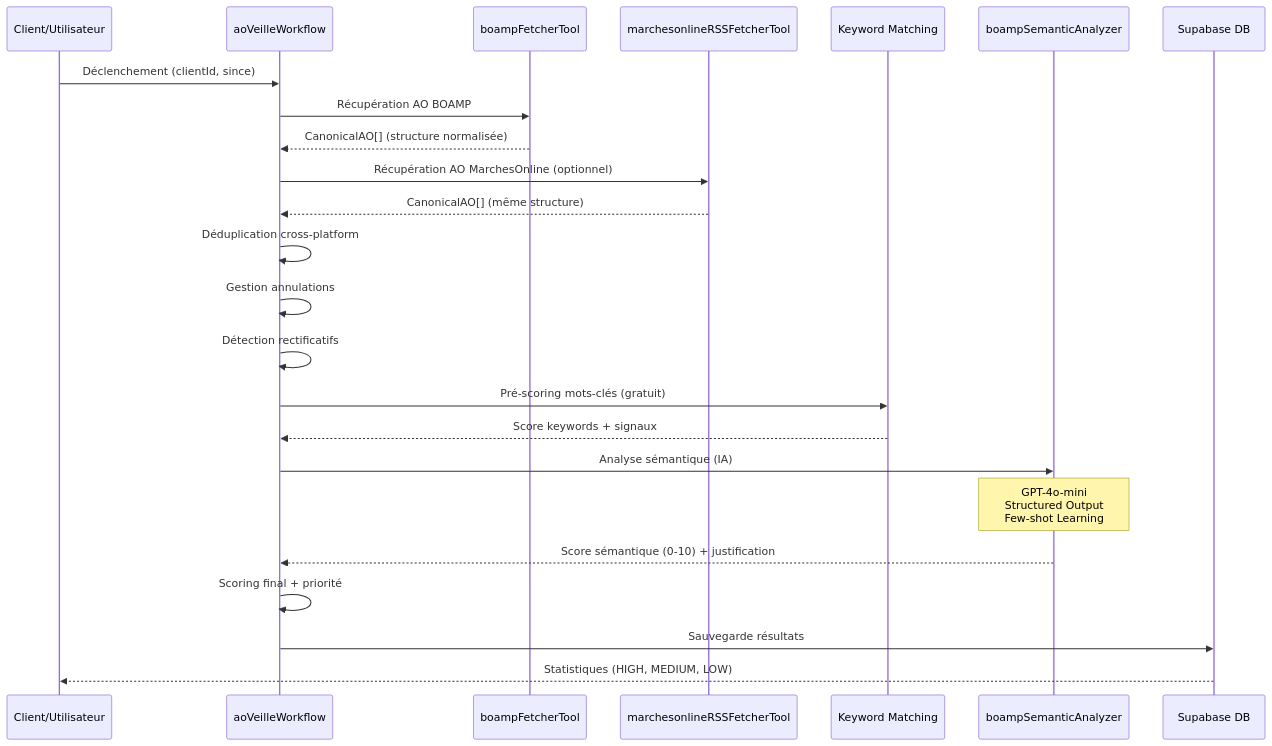
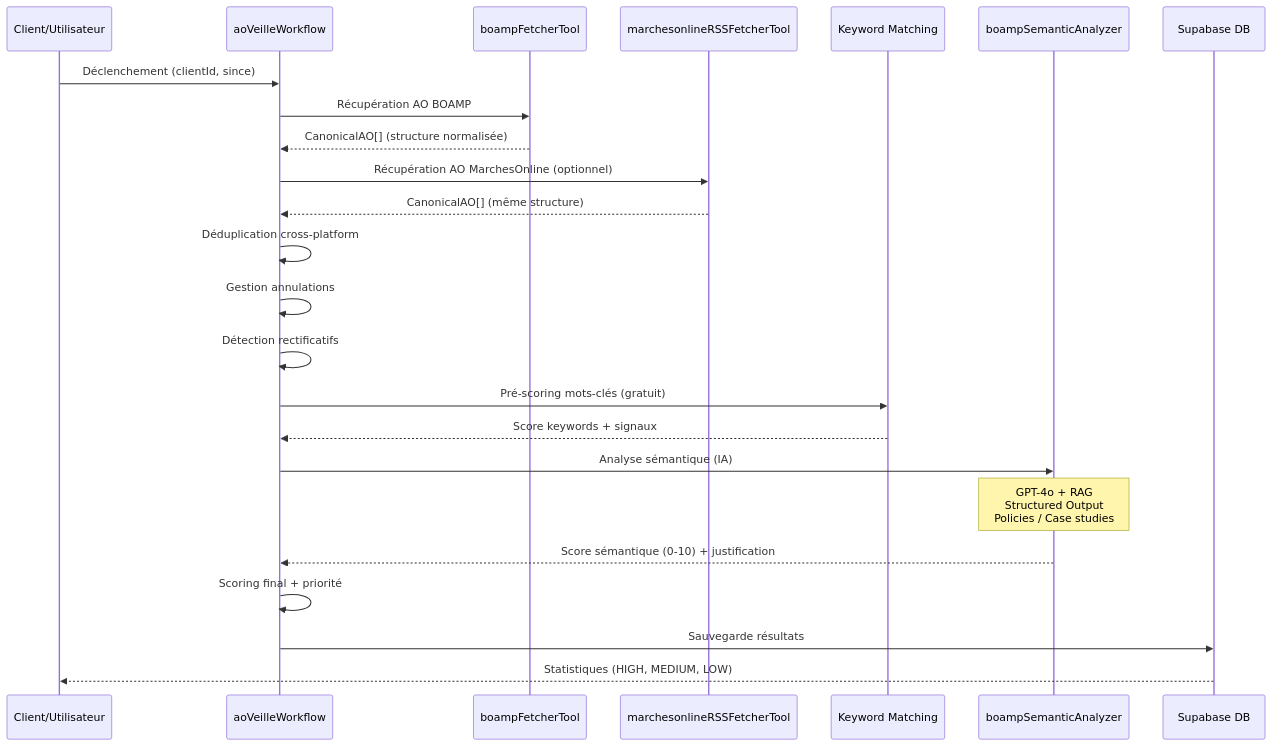
Before and after one commit to HugoDeiss/Balthazar---Agentic-System---AO-veille-: the second of 4 diagrams in README.md, drawn with Mermaid. The commit also changed other lines of this file and 20 other files, not shown here.

````diff
--- a/README.md
+++ b/README.md
@@ -59,32 +59,32 @@
 ```mermaid
 sequenceDiagram
     participant Client as Client/Utilisateur
     participant Workflow as aoVeilleWorkflow
     participant BOAMPTool as boampFetcherTool
     participant MarchesTool as marchesonlineRSSFetcherTool
     participant Keyword as Keyword Matching
     participant Agent as boampSemanticAnalyzer
     participant Supabase as Supabase DB
     
     Client->>Workflow: Déclenchement (clientId, since)
     Workflow->>BOAMPTool: Récupération AO BOAMP
     BOAMPTool-->>Workflow: CanonicalAO[] (structure normalisée)
     
     Workflow->>MarchesTool: Récupération AO MarchesOnline (optionnel)
     MarchesTool-->>Workflow: CanonicalAO[] (même structure)
     
     Workflow->>Workflow: Déduplication cross-platform
     Workflow->>Workflow: Gestion annulations
     Workflow->>Workflow: Détection rectificatifs
     
     Workflow->>Keyword: Pré-scoring mots-clés (gratuit)
     Keyword-->>Workflow: Score keywords + signaux
     
     Workflow->>Agent: Analyse sémantique (IA)
-    Note over Agent: GPT-4o-mini<br/>Structured Output<br/>Few-shot Learning
+    Note over Agent: GPT-4o + RAG<br/>Structured Output<br/>Policies / Case studies
     Agent-->>Workflow: Score sémantique (0-10) + justification
     
     Workflow->>Workflow: Scoring final + priorité
     Workflow->>Supabase: Sauvegarde résultats
     Supabase-->>Client: Statistiques (HIGH, MEDIUM, LOW)
 ```
````
